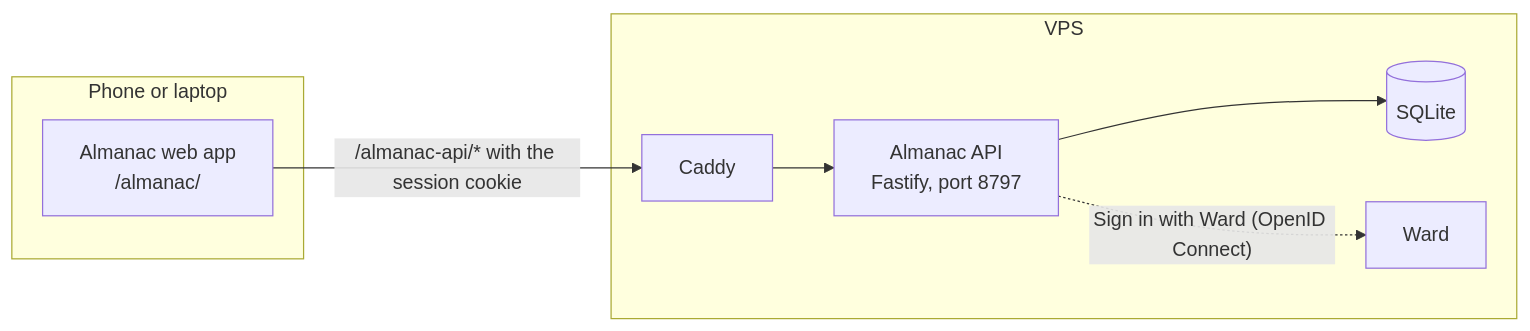
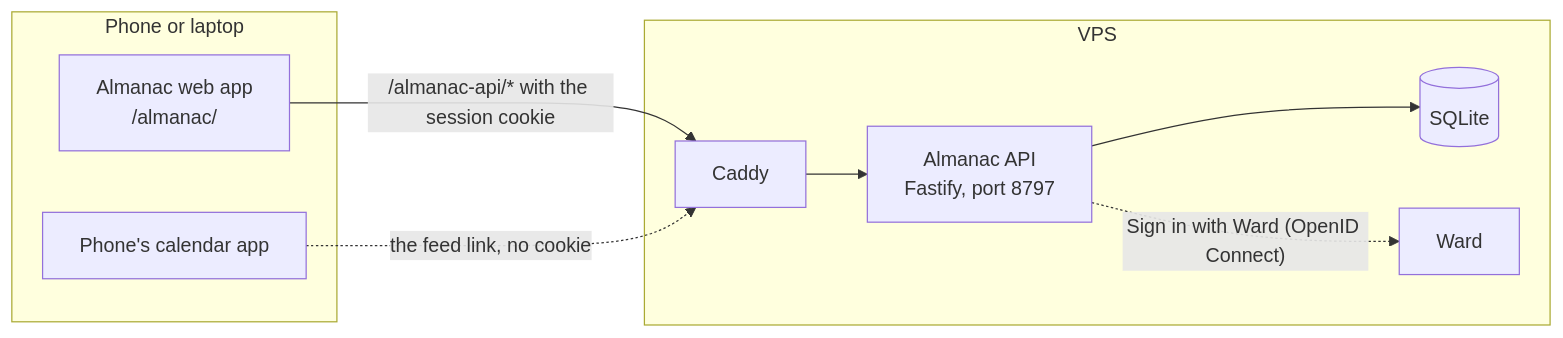
The diagram in docs/architecture.md (gandolh/almanac), drawn with Mermaid before and after one commit. The commit also changed other lines of this file and 11 other files, not shown here.

````diff
--- a/docs/architecture.md
+++ b/docs/architecture.md
@@ -14,16 +16,18 @@
 ```mermaid
 flowchart LR
   subgraph device["Phone or laptop"]
     web["Almanac web app<br/>/almanac/"]
+    ics["Phone's calendar app"]
   end
   subgraph vps["VPS"]
     caddy["Caddy"]
     api["Almanac API<br/>Fastify, port 8797"]
     db[("SQLite")]
     ward["Ward"]
   end
   web -- "/almanac-api/* with the session cookie" --> caddy
+  ics -. "the feed link, no cookie" .-> caddy
   caddy --> api
   api --> db
   api -. "Sign in with Ward (OpenID Connect)" .-> ward
 ```
````
